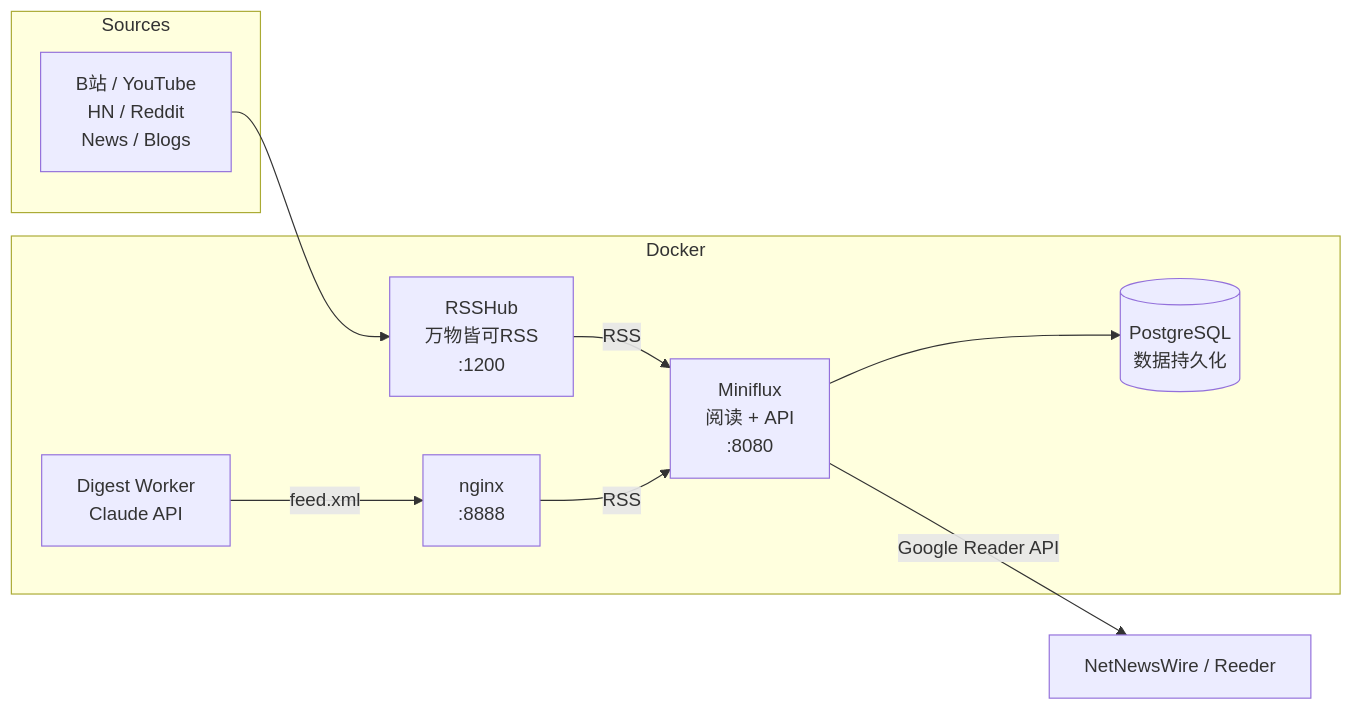
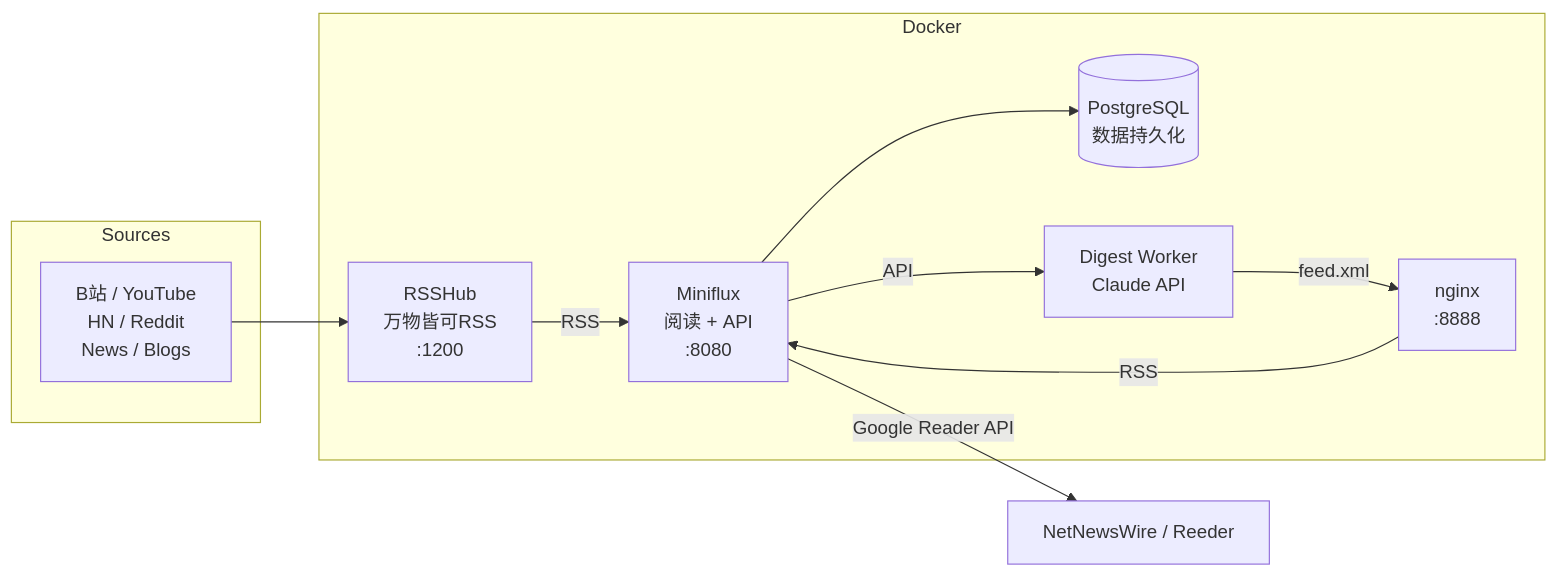
Before and after one commit to parle-ai/rss-feed-hub: the diagram in README.md, drawn with Mermaid.

Commit message:
docs: add Miniflux→Digest data flow in architecture diagram

````diff
--- a/README.md
+++ b/README.md
@@ -9,21 +9,22 @@
 ```mermaid
 graph LR
     subgraph Sources
         S[B站 / YouTube\nHN / Reddit\nNews / Blogs]
     end
 
     subgraph Docker
         RSSHub[RSSHub\n万物皆可RSS\n:1200]
         Miniflux[Miniflux\n阅读 + API\n:8080]
         DB[(PostgreSQL\n数据持久化)]
         Digest[Digest Worker\nClaude API]
         nginx[nginx\n:8888]
     end
 
     S --> RSSHub
     RSSHub -- RSS --> Miniflux
     Miniflux --> DB
+    Miniflux -- API --> Digest
     Digest -- feed.xml --> nginx
     nginx -- RSS --> Miniflux
     Miniflux -- Google Reader API --> NNW[NetNewsWire / Reeder]
 ```
````
